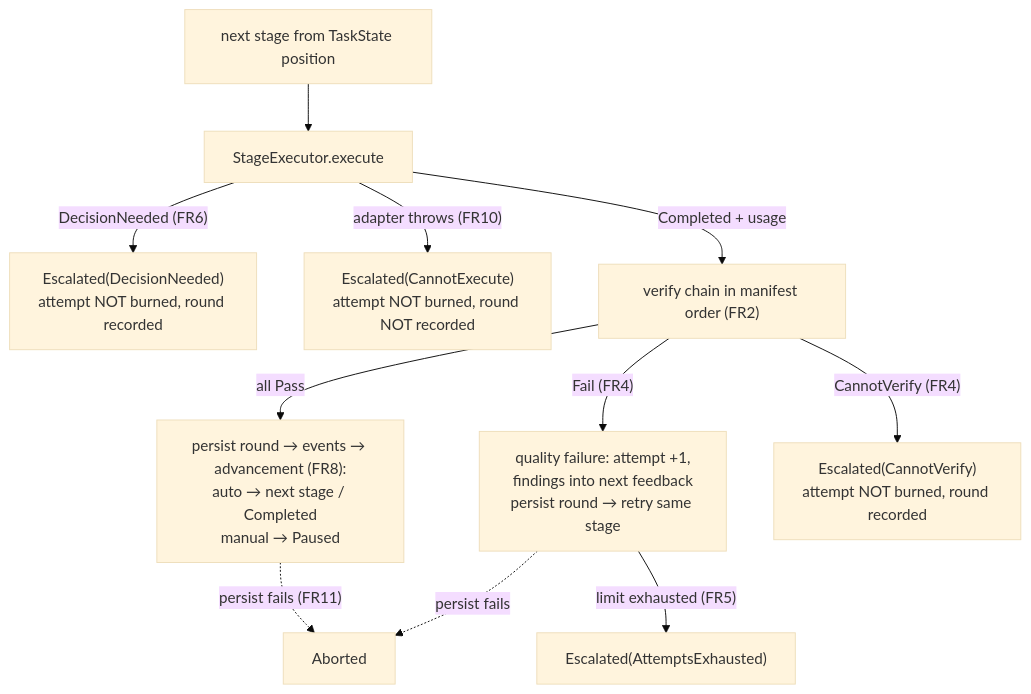
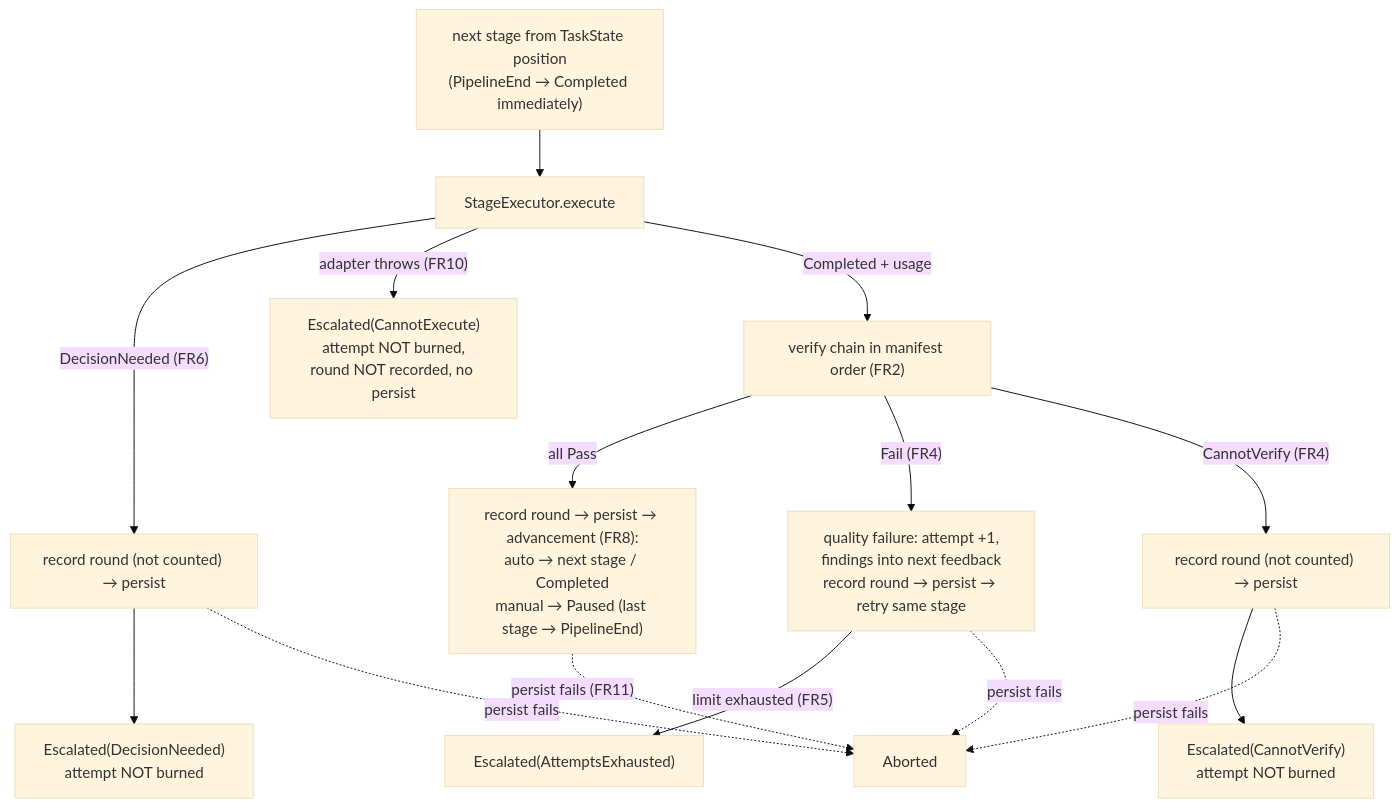
Before and after one commit to oinsio/gnomish-factory: the first of 2 diagrams in openspec/changes/add-stage-engine/design.md, drawn with Mermaid (base theme). The commit also changed other lines of this file and 3 other files, not shown here.

````diff
--- a/openspec/changes/add-stage-engine/design.md
+++ b/openspec/changes/add-stage-engine/design.md
@@ -47,13 +50,17 @@
 ```mermaid
 flowchart TB
-    S["next stage from TaskState position"] --> E["StageExecutor.execute"]
-    E -->|"DecisionNeeded (FR6)"| ESC1["Escalated(DecisionNeeded)<br/>attempt NOT burned, round recorded"]
-    E -->|"adapter throws (FR10)"| ESC2["Escalated(CannotExecute)<br/>attempt NOT burned, round NOT recorded"]
+    S["next stage from TaskState position<br/>(PipelineEnd → Completed immediately)"] --> E["StageExecutor.execute"]
+    E -->|"DecisionNeeded (FR6)"| RD["record round (not counted) → persist"]
+    RD --> ESC1["Escalated(DecisionNeeded)<br/>attempt NOT burned"]
+    E -->|"adapter throws (FR10)"| ESC2["Escalated(CannotExecute)<br/>attempt NOT burned,<br/>round NOT recorded, no persist"]
     E -->|Completed + usage| V["verify chain in manifest order (FR2)"]
-    V -->|all Pass| ADV["persist round → events → advancement (FR8):<br/>auto → next stage / Completed<br/>manual → Paused"]
-    V -->|"Fail (FR4)"| Q["quality failure: attempt +1,<br/>findings into next feedback<br/>persist round → retry same stage"]
+    V -->|all Pass| ADV["record round → persist → advancement (FR8):<br/>auto → next stage / Completed<br/>manual → Paused (last stage → PipelineEnd)"]
+    V -->|"Fail (FR4)"| Q["quality failure: attempt +1,<br/>findings into next feedback<br/>record round → persist → retry same stage"]
     Q -->|"limit exhausted (FR5)"| ESC3["Escalated(AttemptsExhausted)"]
-    V -->|"CannotVerify (FR4)"| ESC4["Escalated(CannotVerify)<br/>attempt NOT burned, round recorded"]
+    V -->|"CannotVerify (FR4)"| RC["record round (not counted) → persist"]
+    RC --> ESC4["Escalated(CannotVerify)<br/>attempt NOT burned"]
     ADV -.->|"persist fails (FR11)"| AB["Aborted"]
     Q -.->|persist fails| AB
+    RD -.->|persist fails| AB
+    RC -.->|persist fails| AB
 ```
````
